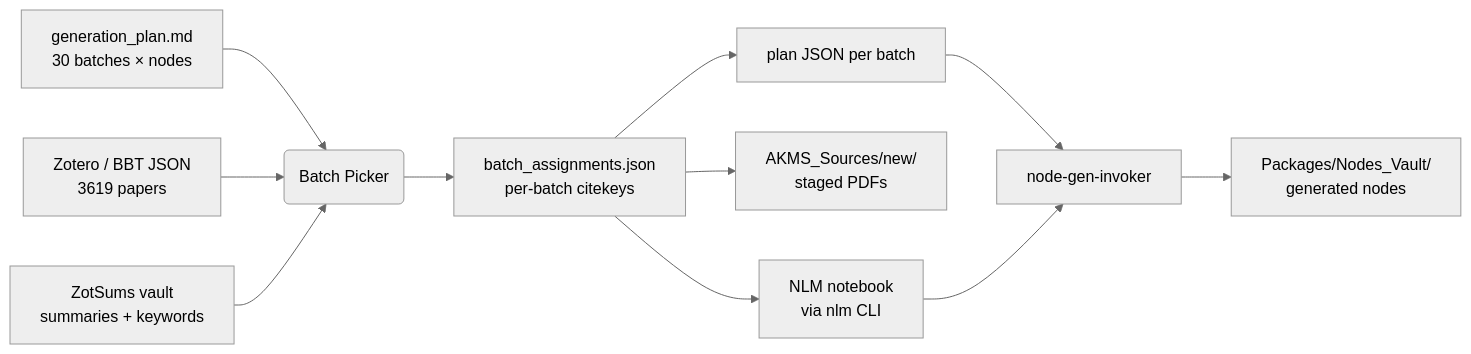
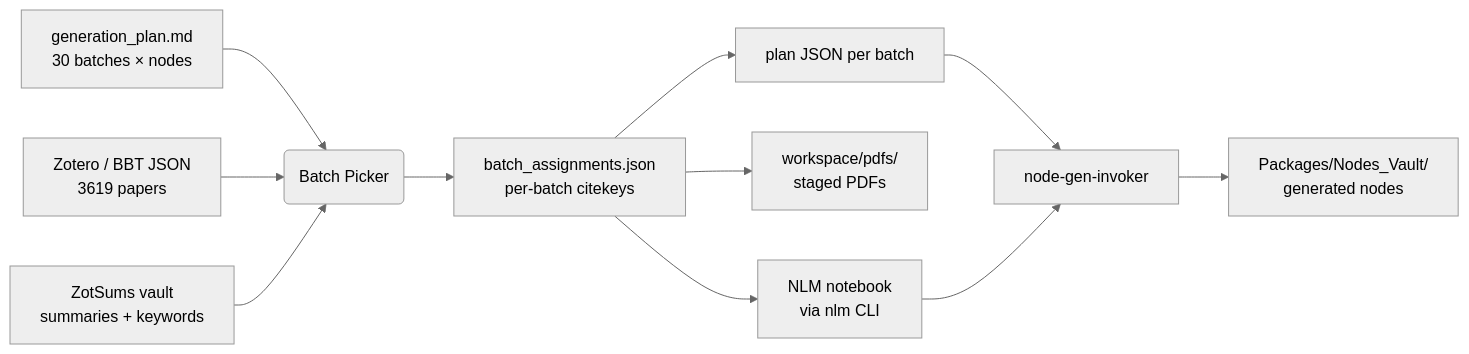
Before and after one commit to CEmM2/AKMS: the diagram in docs/reference/nodes-gen/index.md, drawn with Mermaid (neutral theme). The commit also changed 26 other files, not shown here.

````diff
--- a/docs/reference/nodes-gen/index.md
+++ b/docs/reference/nodes-gen/index.md
@@ -39,13 +39,13 @@
 ```mermaid
 flowchart LR
     A[generation_plan.md<br/>30 batches × nodes] --> B(Batch Picker)
     Z[Zotero / BBT JSON<br/>3619 papers] --> B
     Y[ZotSums vault<br/>summaries + keywords] --> B
     B --> C[batch_assignments.json<br/>per-batch citekeys]
     C --> D[plan JSON per batch]
-    C --> E[AKMS_Sources/new/<br/>staged PDFs]
+    C --> E[workspace/pdfs/<br/>staged PDFs]
     C --> F[NLM notebook<br/>via nlm CLI]
     D --> G[node-gen-invoker]
     F --> G
     G --> H[Packages/Nodes_Vault/<br/>generated nodes]
 ```
````
